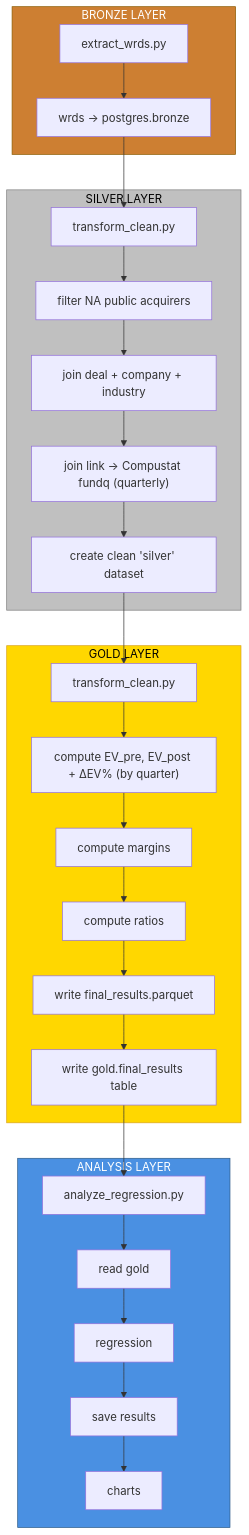
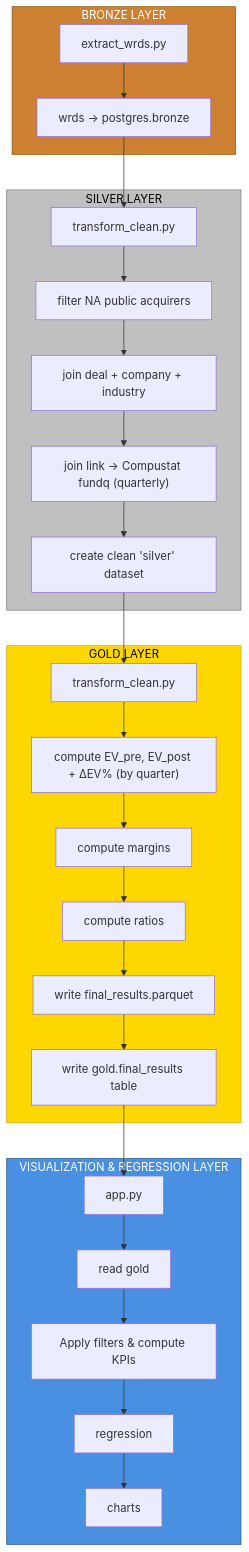
Before and after one commit to excecutors/wrds-ma-impact-pipeline: the diagram in README.md, drawn with Mermaid. The commit also changed other lines of this file, not shown here.

Commit message:
Revise README for new Streamlit app and analysis layer
Updated README to reflect changes in file structure and analysis layer.

````diff
--- a/README.md
+++ b/README.md
@@ -258,45 +259,45 @@
 ```mermaid
 graph TD
     subgraph BRONZE["BRONZE LAYER"]
         A[extract_wrds.py]
         A1["wrds → postgres.bronze"]
         A --> A1
     end
     
     subgraph SILVER["SILVER LAYER"]
         B[transform_clean.py]
         B1["filter NA public acquirers"]
         B2["join deal + company + industry"]
         B3["join link → Compustat fundq (quarterly)"]
         B4["create clean 'silver' dataset"]
         B --> B1 --> B2 --> B3 --> B4
     end
     
     subgraph GOLD["GOLD LAYER"]
         C[transform_clean.py]
         C1["compute EV_pre, EV_post + ΔEV% (by quarter)"]
         C2["compute margins"]
         C3["compute ratios"]
         C4["write final_results.parquet"]
         C5["write gold.final_results table"]
         C --> C1 --> C2 --> C3 --> C4 --> C5
     end
     
-    subgraph ANALYSIS["ANALYSIS LAYER"]
-        D[analyze_regression.py]
+    subgraph ANALYSIS["VISUALIZATION & REGRESSION LAYER"]
+        D[app.py]
         D1["read gold"]
-        D2["regression"]
-        D3["save results"]
+        D2[Apply filters & compute KPIs]
+        D3["regression"]
         D4["charts"]
         D --> D1 --> D2 --> D3 --> D4
     end
     
     A1 --> B
     B4 --> C
     C5 --> D
     
     style BRONZE fill:#cd7f32,stroke:#8b5a00,color:#fff
     style SILVER fill:#c0c0c0,stroke:#808080,color:#000
     style GOLD fill:#ffd700,stroke:#daa520,color:#000
     style ANALYSIS fill:#4a90e2,stroke:#2e5c8a,color:#fff
 ```
````
